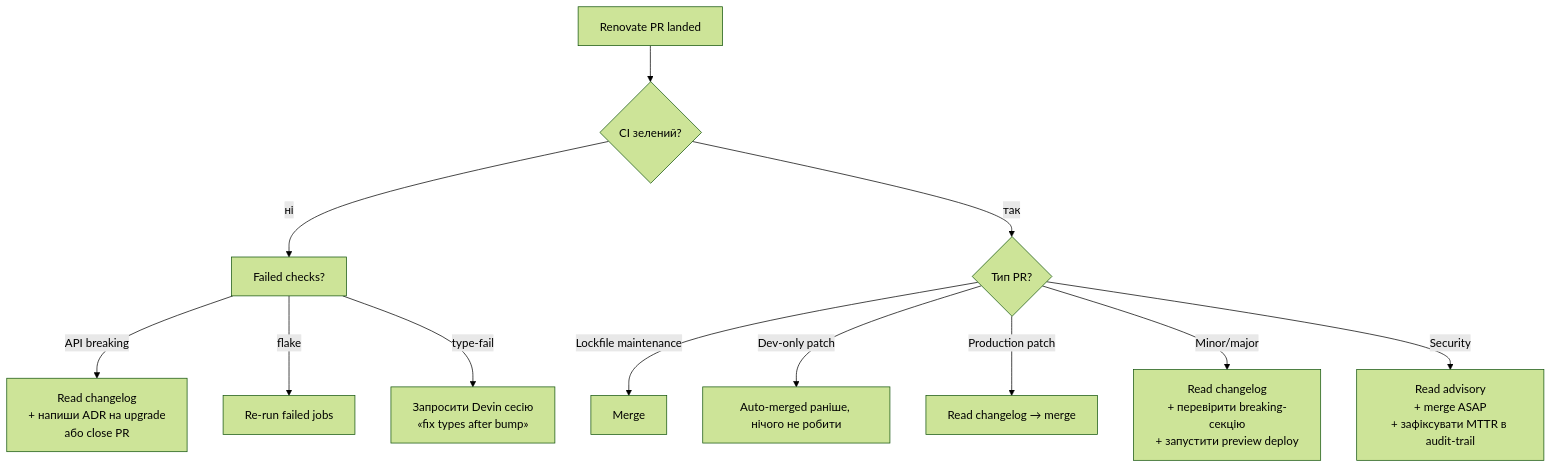
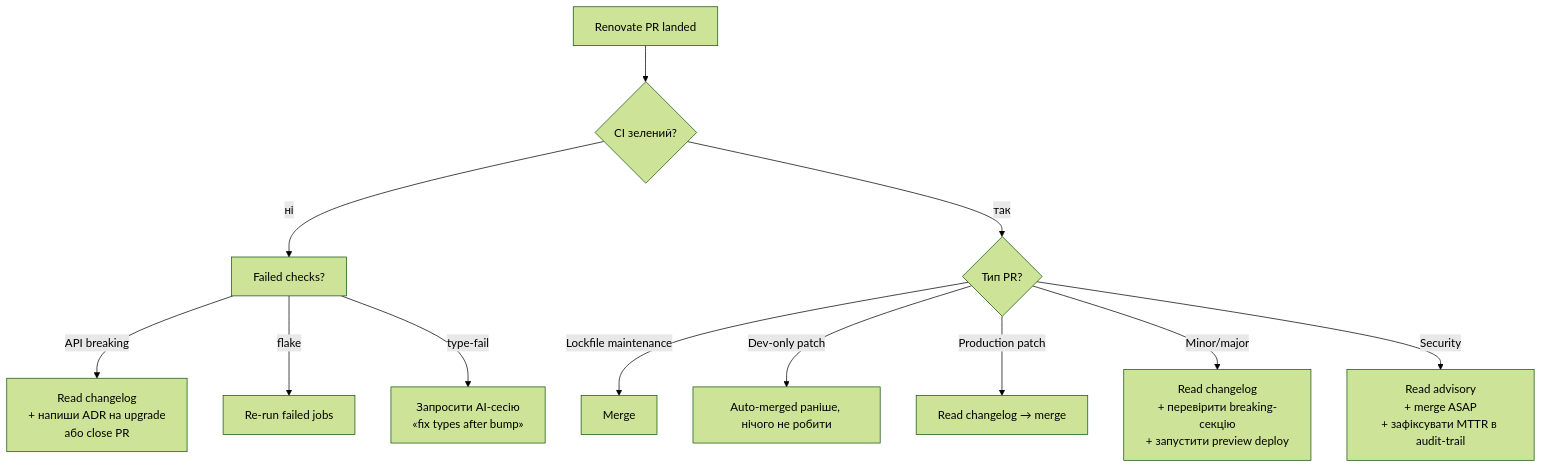
Before and after one commit to SkOrDs-02/sergeant: the diagram in docs/03-operations/ops/renovate.md, drawn with Mermaid (forest theme). The commit also changed other lines of this file and 53 other files, not shown here.

````diff
--- a/docs/03-operations/ops/renovate.md
+++ b/docs/03-operations/ops/renovate.md
@@ -47,14 +47,14 @@
 ```mermaid
 flowchart TD
     A[Renovate PR landed] --> B{CI зелений?}
     B -- ні --> C[Failed checks?]
     C -- API breaking --> D[Read changelog<br/>+ напиши ADR на upgrade<br/>або close PR]
     C -- flake --> E[Re-run failed jobs]
-    C -- type-fail --> F[Запросити Devin сесію<br/>«fix types after <pkg> bump»]
+    C -- type-fail --> F[Запросити AI-сесію<br/>«fix types after <pkg> bump»]
     B -- так --> G{Тип PR?}
     G -- Lockfile maintenance --> H[Merge]
     G -- Dev-only patch --> I[Auto-merged раніше, нічого не робити]
     G -- Production patch --> J[Read changelog → merge]
     G -- Minor/major --> K[Read changelog<br/>+ перевірити breaking-секцію<br/>+ запустити preview deploy]
     G -- Security --> L[Read advisory<br/>+ merge ASAP<br/>+ зафіксувати MTTR в audit-trail]
 ```
````
